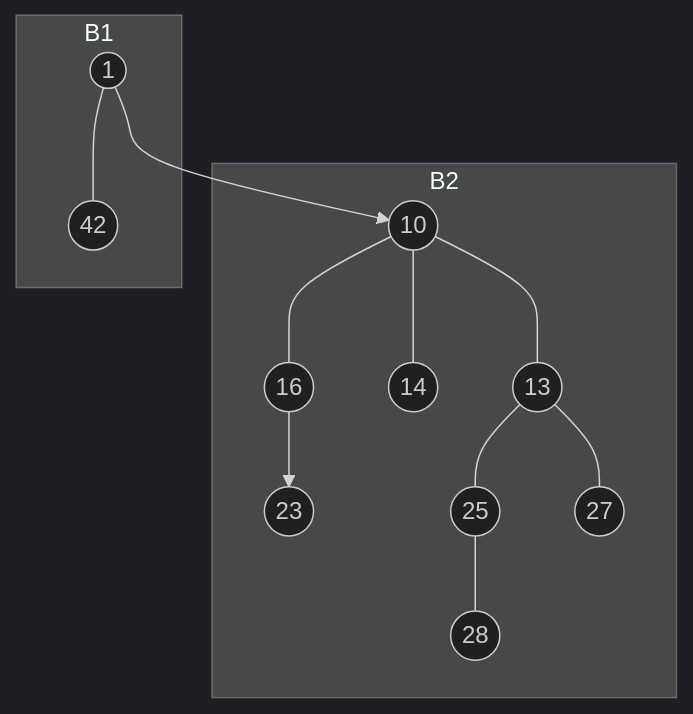
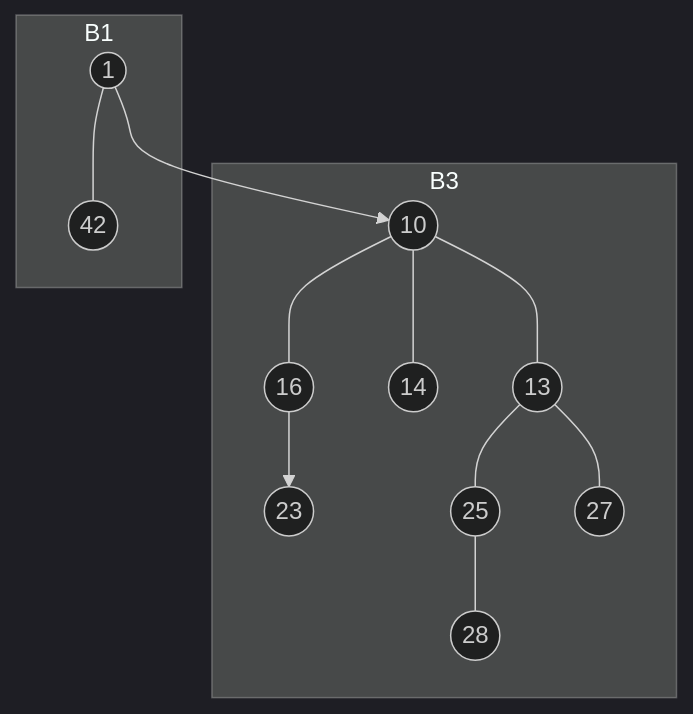
One commit to Tiggax/Zapiski changed the eighth of 10 diagrams in 2. Letnik/Podatkovne strukture in algoritmi/vaje 15-12-2021.md. Above: the diagram before and after it, drawn with Mermaid (dark theme). The commit also changed other lines of this file and 1 other file, not shown here.

````diff
--- a/2. Letnik/Podatkovne strukture in algoritmi/vaje 15-12-2021.md
+++ b/2. Letnik/Podatkovne strukture in algoritmi/vaje 15-12-2021.md
@@ -114,15 +114,15 @@
 ```mermaid
 graph TD	
 subgraph B1
 1((1))---42((42))
 end
-subgraph B2
+subgraph B3
 10((10))
 10---16
 10---14((14))
 10---13((13))---27((27))
 13---25((25))---28((28))
 16((16))-->23((23))
 end
 1-->10
 ```
````
